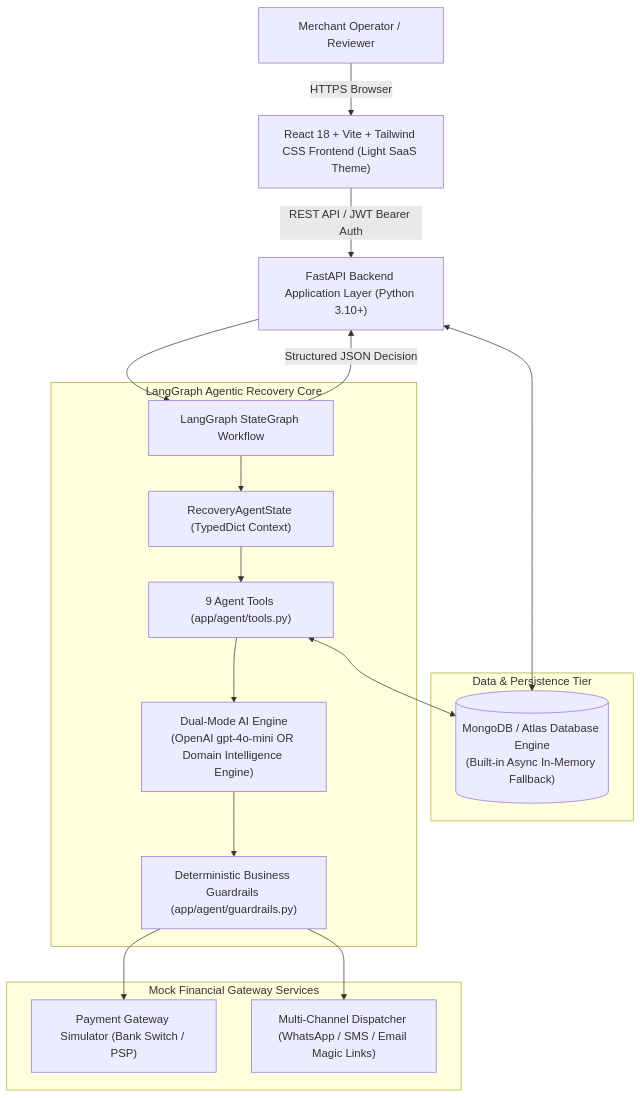
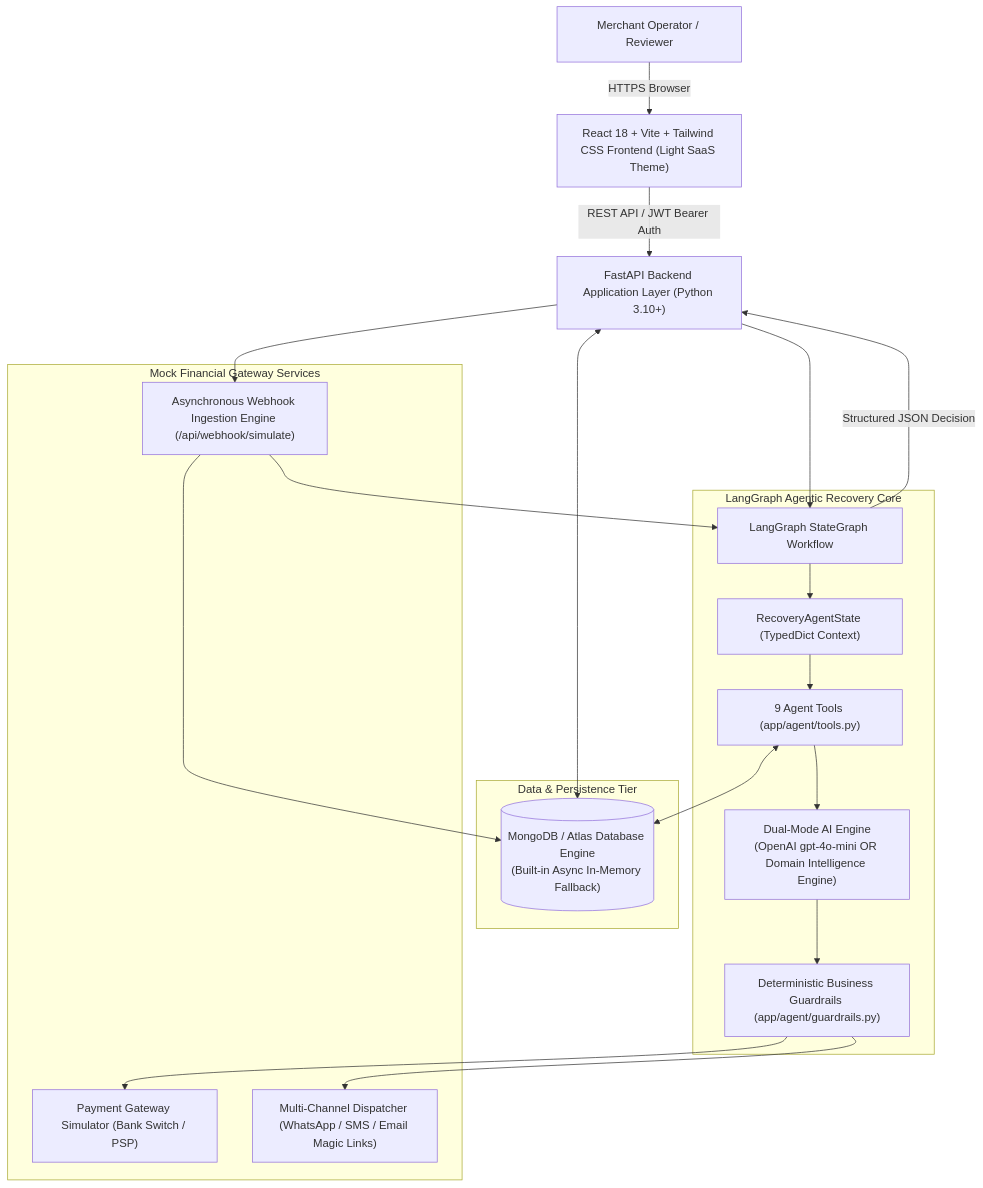
One commit to vandana-malviya/RecoverAI changed the first of 2 diagrams in DOCUMENTATION.md. Above: the diagram before and after it, drawn with Mermaid. The commit also changed other lines of this file and 20 other files, not shown here.

````diff
--- a/DOCUMENTATION.md
+++ b/DOCUMENTATION.md
@@ -53,33 +54,37 @@
 ```mermaid
 graph TD
     User["Merchant Operator / Reviewer"] -->|HTTPS Browser| UI["React 18 + Vite + Tailwind CSS Frontend (Light SaaS Theme)"]
     UI -->|REST API / JWT Bearer Auth| API["FastAPI Backend Application Layer (Python 3.10+)"]
     
     subgraph "Data & Persistence Tier"
         DB[("MongoDB / Atlas Database Engine\n(Built-in Async In-Memory Fallback)")]
     end
     
     subgraph "LangGraph Agentic Recovery Core"
         StateGraph["LangGraph StateGraph Workflow"]
         State["RecoveryAgentState (TypedDict Context)"]
         Tools["9 Agent Tools (app/agent/tools.py)"]
         Guardrails["Deterministic Business Guardrails (app/agent/guardrails.py)"]
         DualMode["Dual-Mode AI Engine\n(OpenAI gpt-4o-mini OR Domain Intelligence Engine)"]
     end
     
     subgraph "Mock Financial Gateway Services"
         MockGateway["Payment Gateway Simulator (Bank Switch / PSP)"]
         MockDispatcher["Multi-Channel Dispatcher (WhatsApp / SMS / Email Magic Links)"]
+        WebhookSimulator["Asynchronous Webhook Ingestion Engine (/api/webhook/simulate)"]
     end
 
     API <--> DB
     API --> StateGraph
+    API --> WebhookSimulator
+    WebhookSimulator --> DB
+    WebhookSimulator --> StateGraph
     StateGraph --> State
     State --> Tools
     Tools <--> DB
     Tools --> DualMode
     DualMode --> Guardrails
     Guardrails --> MockGateway
     Guardrails --> MockDispatcher
     StateGraph -->|Structured JSON Decision| API
 ```
````
